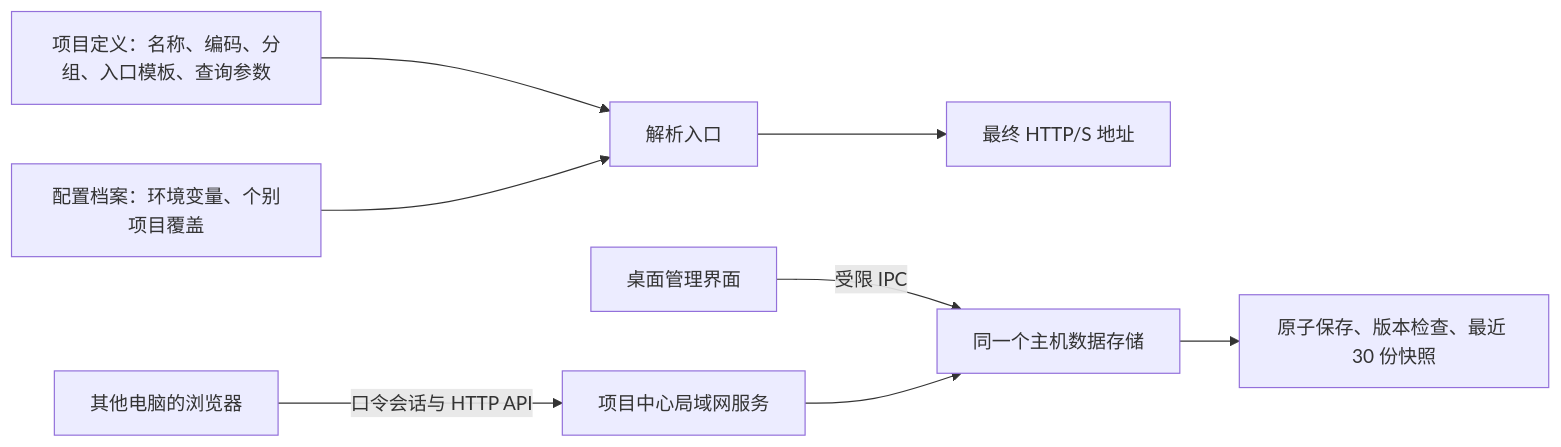
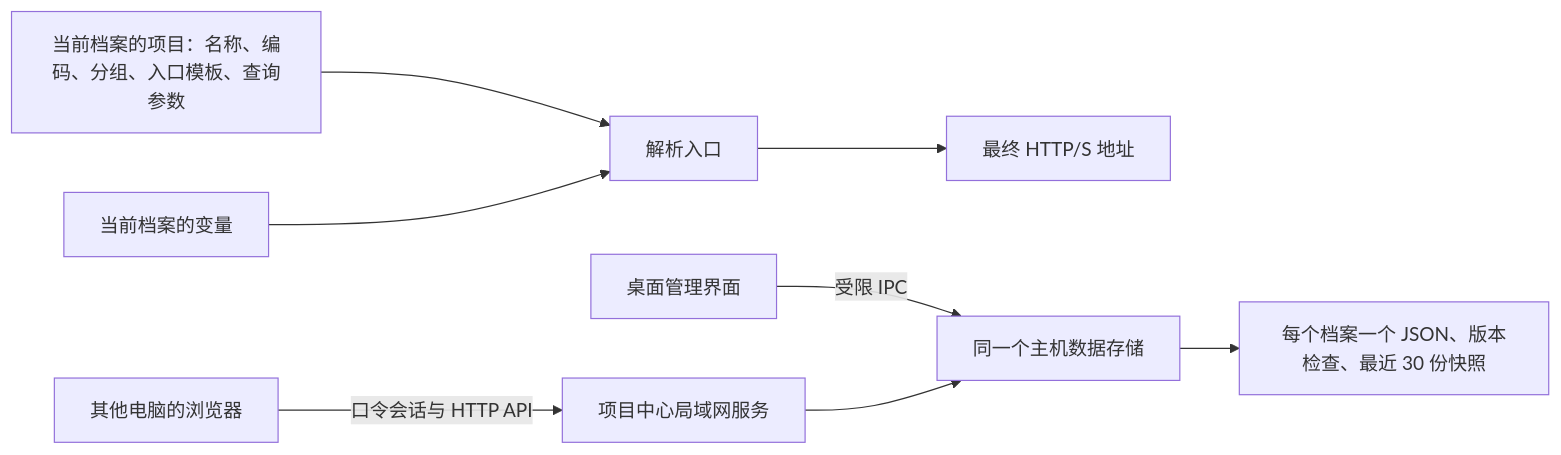
The diagram in docs/project-center.md (suyh1/DevKit), drawn with Mermaid before and after one commit. The commit also changed other lines of this file and 63 other files, not shown here.

````diff
--- a/docs/project-center.md
+++ b/docs/project-center.md
@@ -9,10 +9,10 @@
 ```mermaid
 flowchart LR
-  P[项目定义：名称、编码、分组、入口模板、查询参数] --> R[解析入口]
-  E[配置档案：环境变量、个别项目覆盖] --> R
+  P[当前档案的项目：名称、编码、分组、入口模板、查询参数] --> R[解析入口]
+  E[当前档案的变量] --> R
   R --> U[最终 HTTP/S 地址]
   D[桌面管理界面] -->|受限 IPC| S[同一个主机数据存储]
   B[其他电脑的浏览器] -->|口令会话与 HTTP API| H[项目中心局域网服务]
   H --> S
-  S --> F[原子保存、版本检查、最近 30 份快照]
+  S --> F[每个档案一个 JSON、版本检查、最近 30 份快照]
 ```
````
